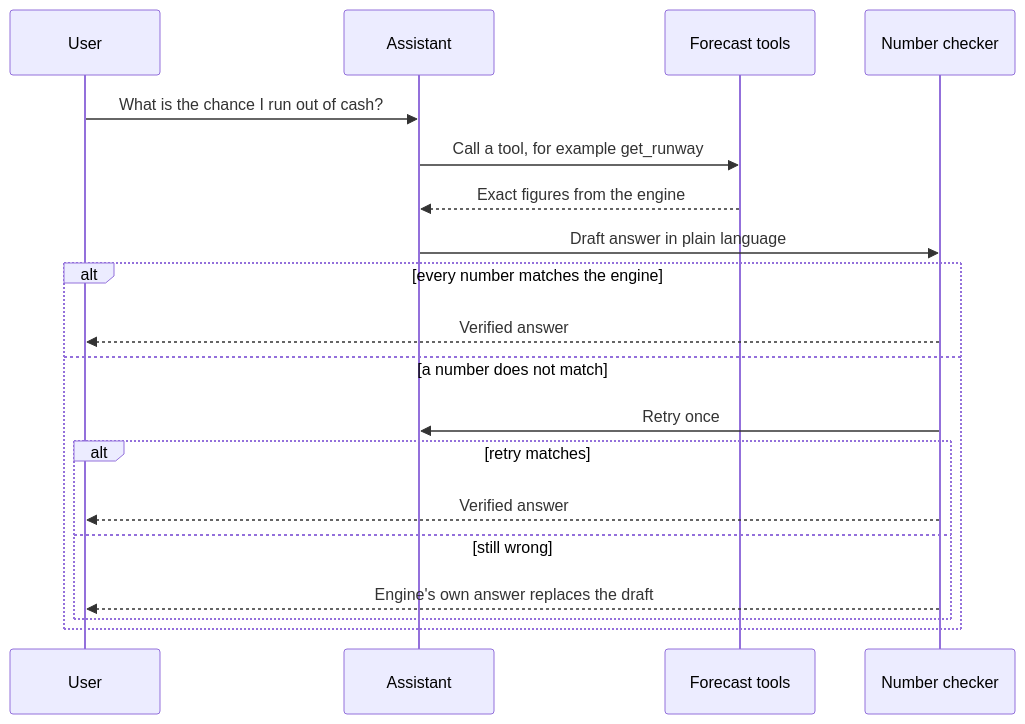
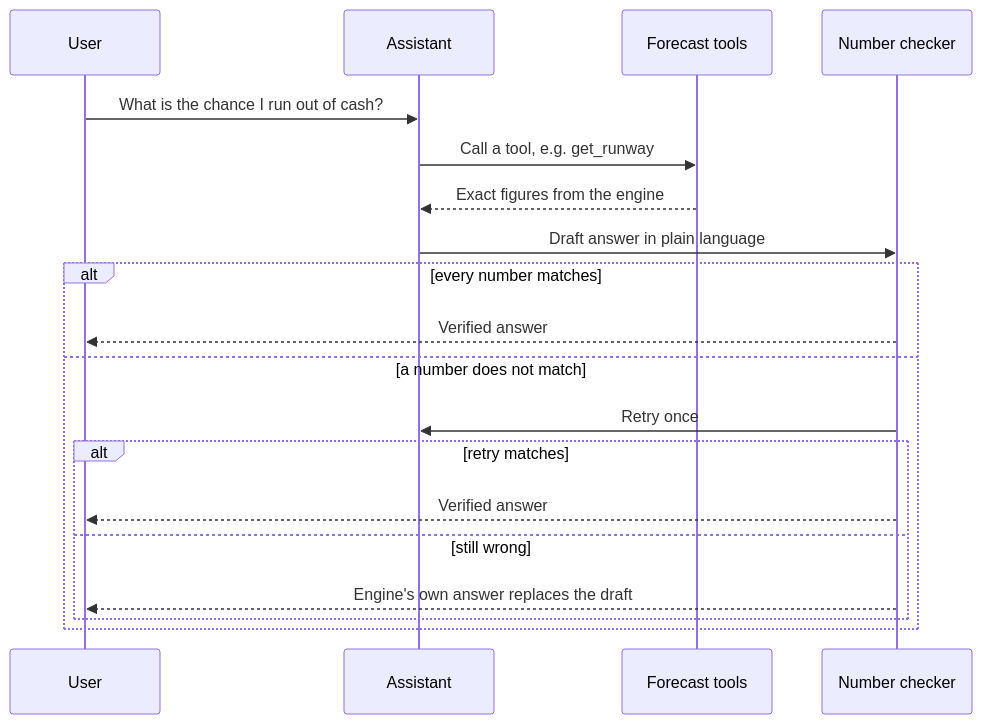
One commit to aima0749/Runway changed the second of 2 diagrams in README.md. Above: the diagram before and after it, drawn with Mermaid. The commit also changed other lines of this file, not shown here.

````diff
--- a/README.md
+++ b/README.md
@@ -105,21 +87,21 @@
 ```mermaid
 sequenceDiagram
     participant U as User
     participant A as Assistant
     participant T as Forecast tools
     participant G as Number checker
     U->>A: What is the chance I run out of cash?
-    A->>T: Call a tool, for example get_runway
+    A->>T: Call a tool, e.g. get_runway
     T-->>A: Exact figures from the engine
     A->>G: Draft answer in plain language
-    alt every number matches the engine
+    alt every number matches
         G-->>U: Verified answer
     else a number does not match
         G->>A: Retry once
         alt retry matches
             G-->>U: Verified answer
         else still wrong
             G-->>U: Engine's own answer replaces the draft
         end
     end
 ```
````
